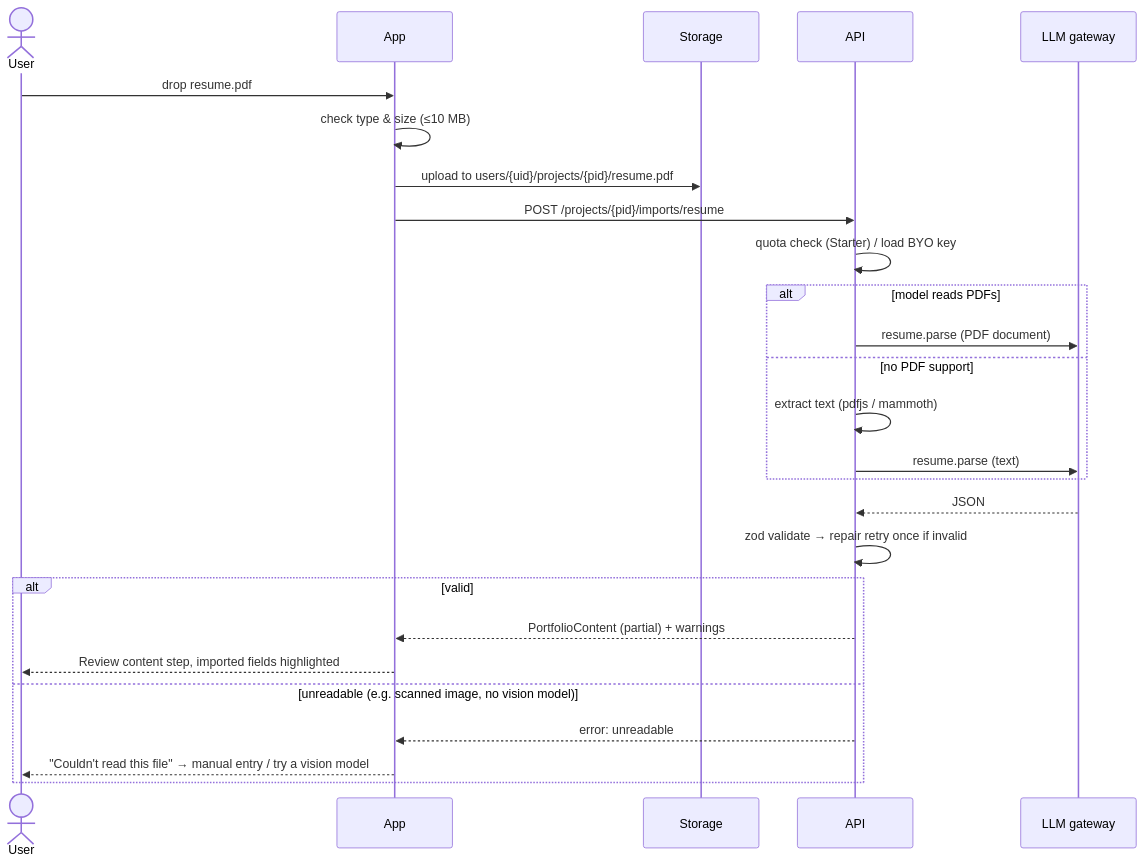
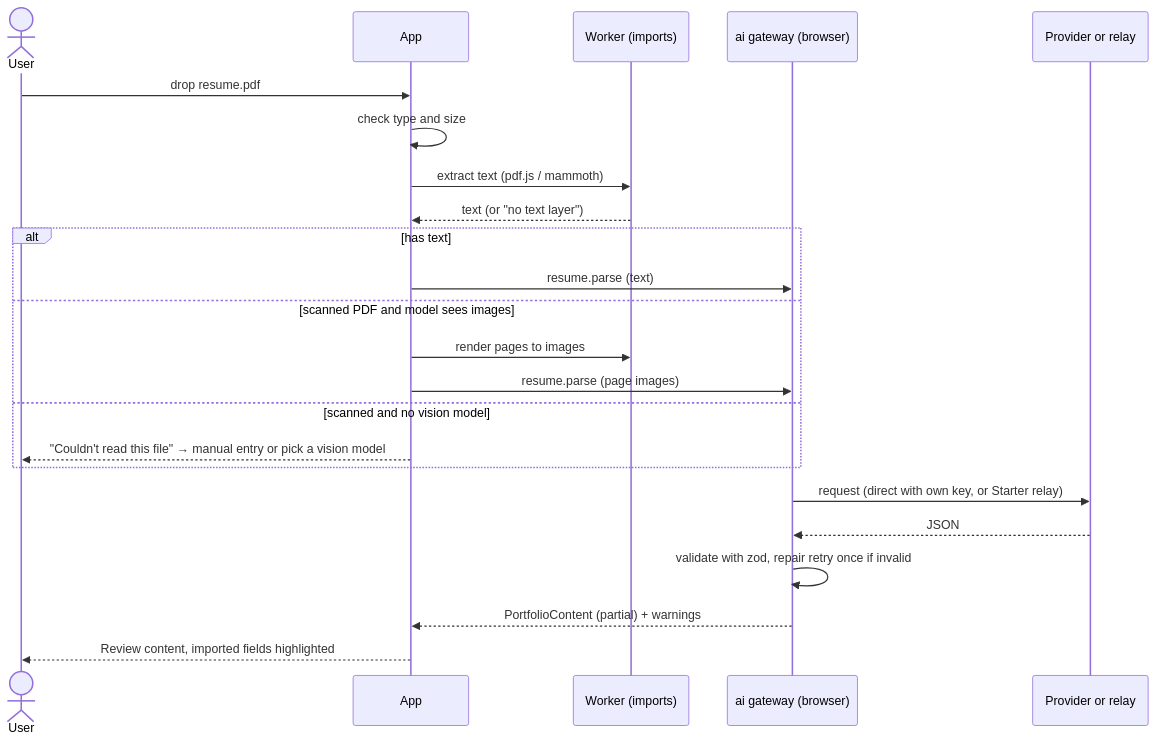
One commit to iamsanuponnulli-hue/PORTFOLIO-BUILDER changed the seventh of 17 diagrams in docs/ARCHITECTURE.md. Above: the diagram before and after it, drawn with Mermaid. The commit also changed other lines of this file and 1 other file, not shown here.

First line of the commit message:
Plan: thin server, browser-heavy processing, extension, device-only keys, OpenRouter sign-in

````diff
--- a/docs/ARCHITECTURE.md
+++ b/docs/ARCHITECTURE.md
@@ -320,28 +360,25 @@
 ```mermaid
 sequenceDiagram
   actor U as User
   participant App
-  participant ST as Storage
-  participant API
-  participant GW as LLM gateway
+  participant W as Worker (imports)
+  participant GW as ai gateway (browser)
+  participant P as Provider or relay
   U->>App: drop resume.pdf
-  App->>App: check type & size (≤10 MB)
-  App->>ST: upload to users/{uid}/projects/{pid}/resume.pdf
-  App->>API: POST /projects/{pid}/imports/resume
-  API->>API: quota check (Starter) / load BYO key
-  alt model reads PDFs
-    API->>GW: resume.parse (PDF document)
-  else no PDF support
-    API->>API: extract text (pdfjs / mammoth)
-    API->>GW: resume.parse (text)
+  App->>App: check type and size
+  App->>W: extract text (pdf.js / mammoth)
+  W-->>App: text (or "no text layer")
+  alt has text
+    App->>GW: resume.parse (text)
+  else scanned PDF and model sees images
+    App->>W: render pages to images
+    App->>GW: resume.parse (page images)
+  else scanned and no vision model
+    App-->>U: "Couldn't read this file" → manual entry or pick a vision model
   end
-  GW-->>API: JSON
-  API->>API: zod validate → repair retry once if invalid
-  alt valid
-    API-->>App: PortfolioContent (partial) + warnings
-    App-->>U: Review content step, imported fields highlighted
-  else unreadable (e.g. scanned image, no vision model)
-    API-->>App: error: unreadable
-    App-->>U: "Couldn't read this file" → manual entry / try a vision model
-  end
+  GW->>P: request (direct with own key, or Starter relay)
+  P-->>GW: JSON
+  GW->>GW: validate with zod, repair retry once if invalid
+  GW-->>App: PortfolioContent (partial) + warnings
+  App-->>U: Review content, imported fields highlighted
 ```
````
